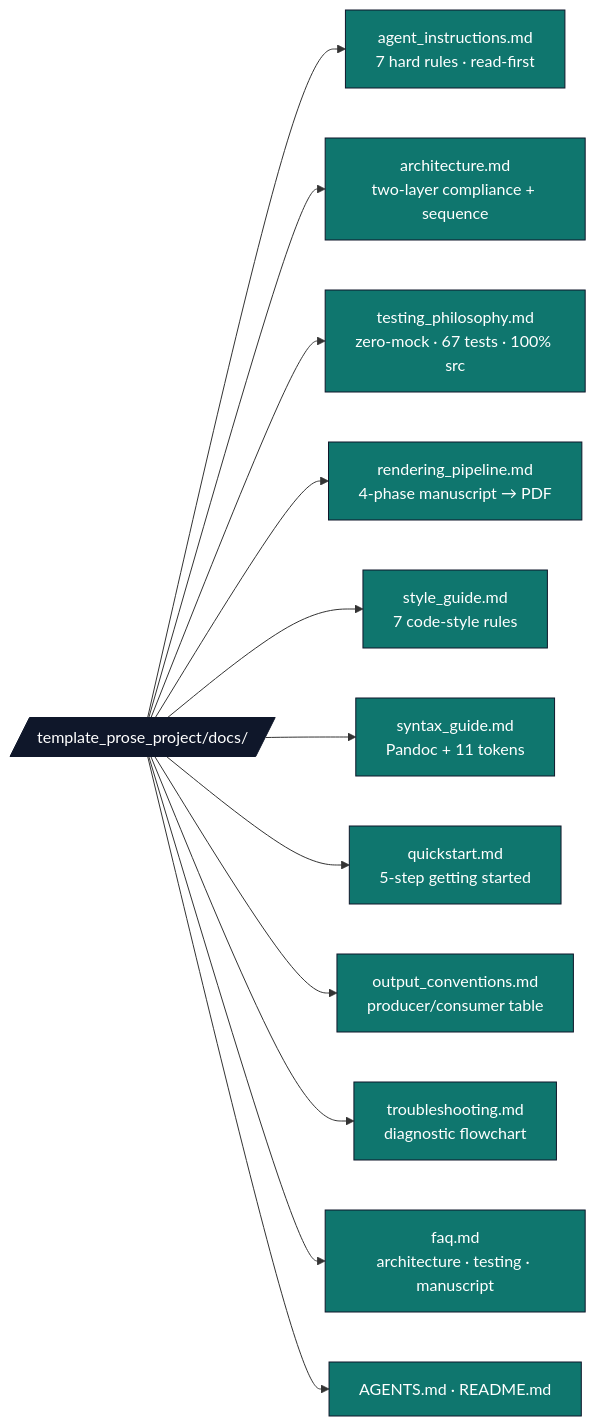
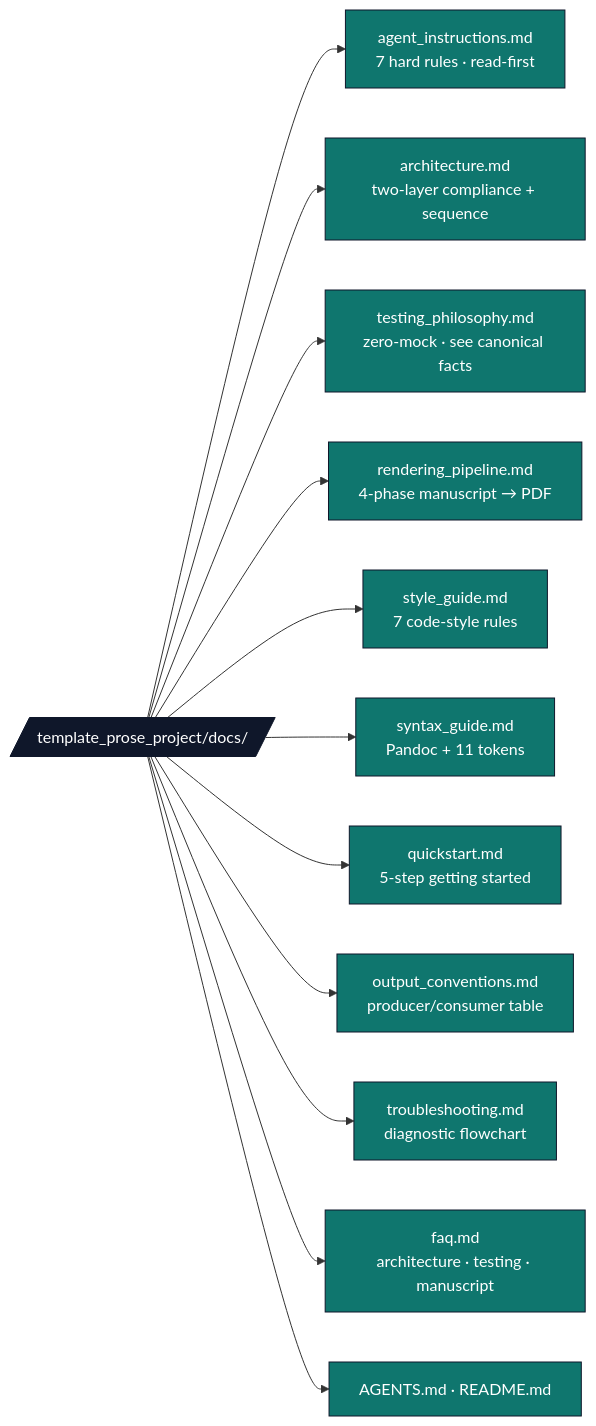
The diagram in projects/template_prose_project/docs/README.md (docxology/template), drawn with Mermaid before and after one commit. The commit also changed other lines of this file and 482 other files, not shown here.

````diff
--- a/projects/template_prose_project/docs/README.md
+++ b/projects/template_prose_project/docs/README.md
@@ -5,20 +5,20 @@
 ```mermaid
 flowchart LR
     HUB[/template_prose_project/docs//]
     HUB --> AI[agent_instructions.md<br/>7 hard rules · read-first]
     HUB --> ARCH[architecture.md<br/>two-layer compliance + sequence]
-    HUB --> TP[testing_philosophy.md<br/>zero-mock · 67 tests · 100% src]
+    HUB --> TP[testing_philosophy.md<br/>zero-mock · see canonical facts]
     HUB --> RP[rendering_pipeline.md<br/>4-phase manuscript → PDF]
     HUB --> SG[style_guide.md<br/>7 code-style rules]
     HUB --> SX[syntax_guide.md<br/>Pandoc + 11 tokens]
     HUB --> QS[quickstart.md<br/>5-step getting started]
     HUB --> OC[output_conventions.md<br/>producer/consumer table]
     HUB --> TS[troubleshooting.md<br/>diagnostic flowchart]
     HUB --> FAQ[faq.md<br/>architecture · testing · manuscript]
     HUB --> META[AGENTS.md · README.md]
 
     classDef d fill:#0f172a,stroke:#0f172a,color:#fff
     classDef f fill:#0f766e,stroke:#0f172a,color:#fff
     class HUB d
     class AI,ARCH,TP,RP,SG,SX,QS,OC,TS,FAQ,META f
 ```
````
